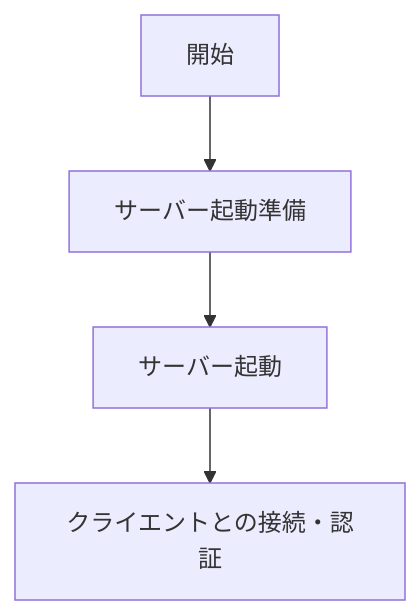
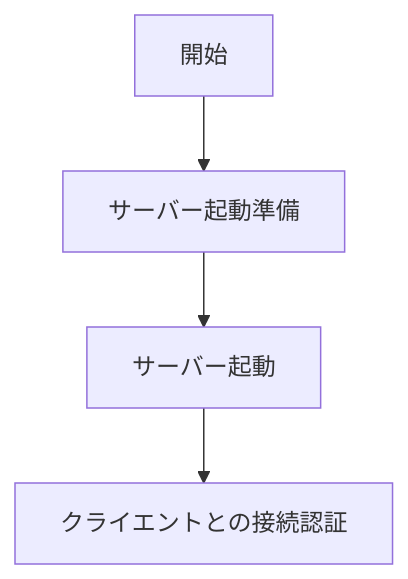
The first of 3 diagrams in flowchart_01_overview.md (sora-grayscale/ft_irc), drawn with Mermaid before and after one commit.

````diff
--- a/flowchart_01_overview.md
+++ b/flowchart_01_overview.md
@@ -3,6 +3,6 @@
 ```mermaid
 flowchart TD
     A[開始] --> B[サーバー起動準備]
     B --> C[サーバー起動]
-    C --> D[クライエントとの接続・認証]
+    C --> D[クライエントとの接続認証]
 ```
````
